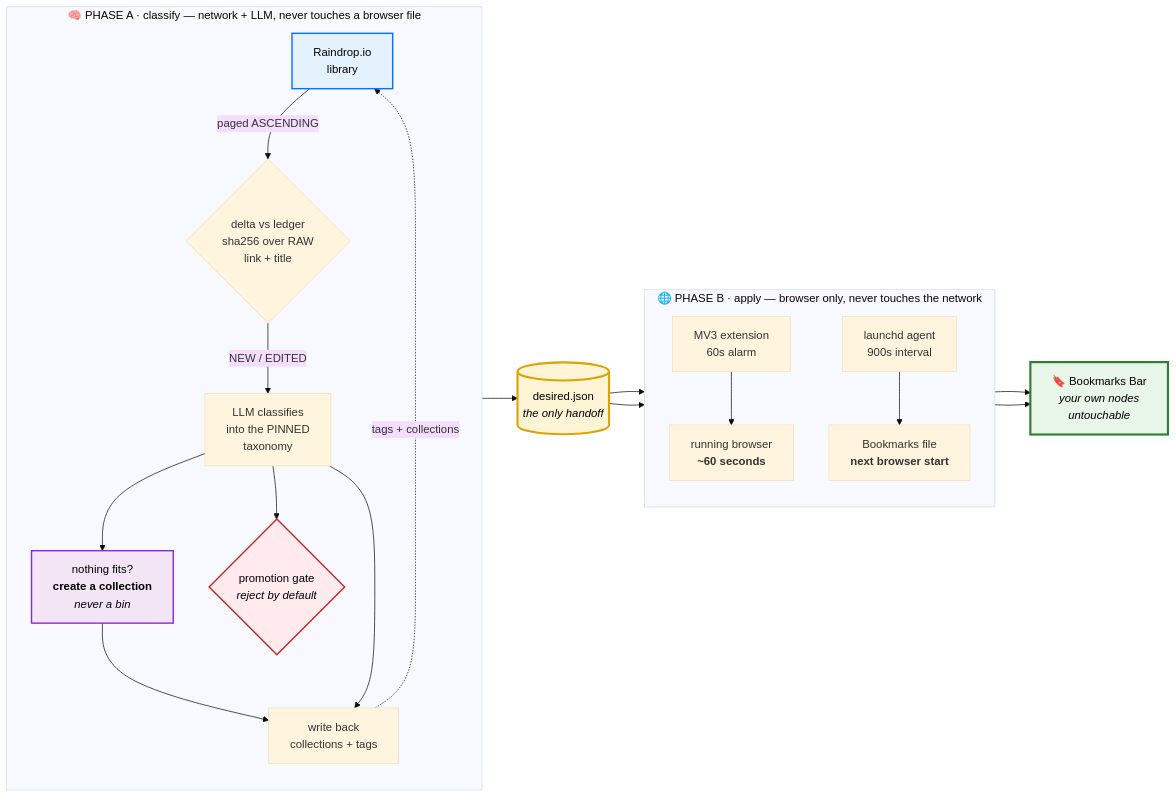
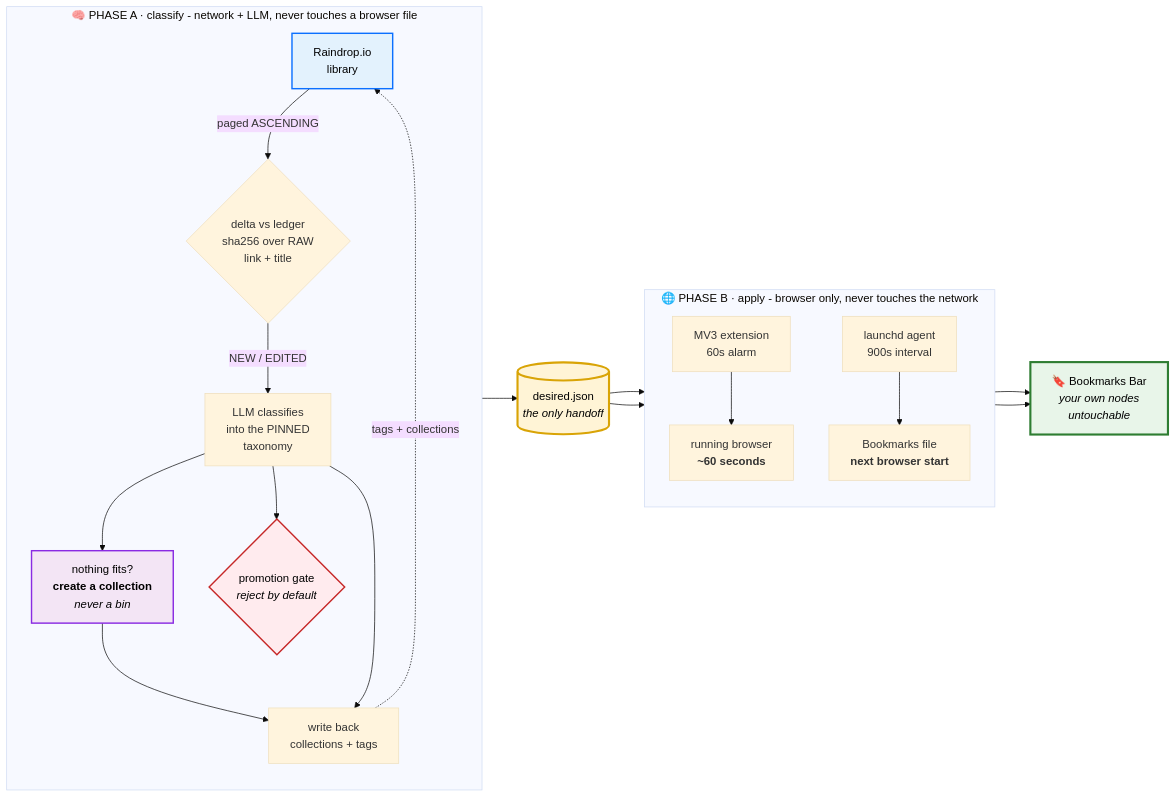
Before and after one commit to rajatrv-fullstack/raindrop-brave-sync: the diagram in README.md, drawn with Mermaid (base theme). The commit also changed other lines of this file and 2 other files, not shown here.

````diff
--- a/README.md
+++ b/README.md
@@ -85,41 +104,41 @@
 ```mermaid
 flowchart LR
-    subgraph PA ["🧠 PHASE A · classify — network + LLM, never touches a browser file"]
+    subgraph PA ["🧠 PHASE A · classify - network + LLM, never touches a browser file"]
         direction TB
         A["Raindrop.io<br/>library"]
         B{"delta vs ledger<br/>sha256 over RAW<br/>link + title"}
         C["LLM classifies<br/>into the PINNED<br/>taxonomy"]
         C2["nothing fits?<br/><b>create a collection</b><br/><i>never a bin</i>"]
         D["write back<br/>collections + tags"]
         E{"promotion gate<br/><i>reject by default</i>"}
     end
 
     F[("desired.json<br/><i>the only handoff</i>")]
 
-    subgraph PB ["🌐 PHASE B · apply — browser only, never touches the network"]
+    subgraph PB ["🌐 PHASE B · apply - browser only, never touches the network"]
         direction TB
         G["MV3 extension<br/>60s alarm"]
         H["launchd agent<br/>900s interval"]
         I["running browser<br/><b>~60 seconds</b>"]
         J["Bookmarks file<br/><b>next browser start</b>"]
     end
 
     K["🔖 Bookmarks Bar<br/><i>your own nodes<br/>untouchable</i>"]
 
     A -->|"paged ASCENDING"| B
     B -->|"NEW / EDITED"| C
     C --> C2 --> D
     C --> D
     D -.->|"tags + collections"| A
     C --> E --> F
     F --> G --> I
     F --> H --> J
     I --> K
     J --> K
 
     style F fill:#fff4d6,stroke:#d9a406,stroke-width:3px,color:#000
     style K fill:#e8f5e9,stroke:#2e7d32,stroke-width:3px,color:#000
     style C2 fill:#f3e5f5,stroke:#8a2be2,stroke-width:2px,color:#000
     style E fill:#ffebee,stroke:#c62828,stroke-width:2px,color:#000
     style A fill:#e3f2fd,stroke:#0b70ff,stroke-width:2px,color:#000
 ```
````
